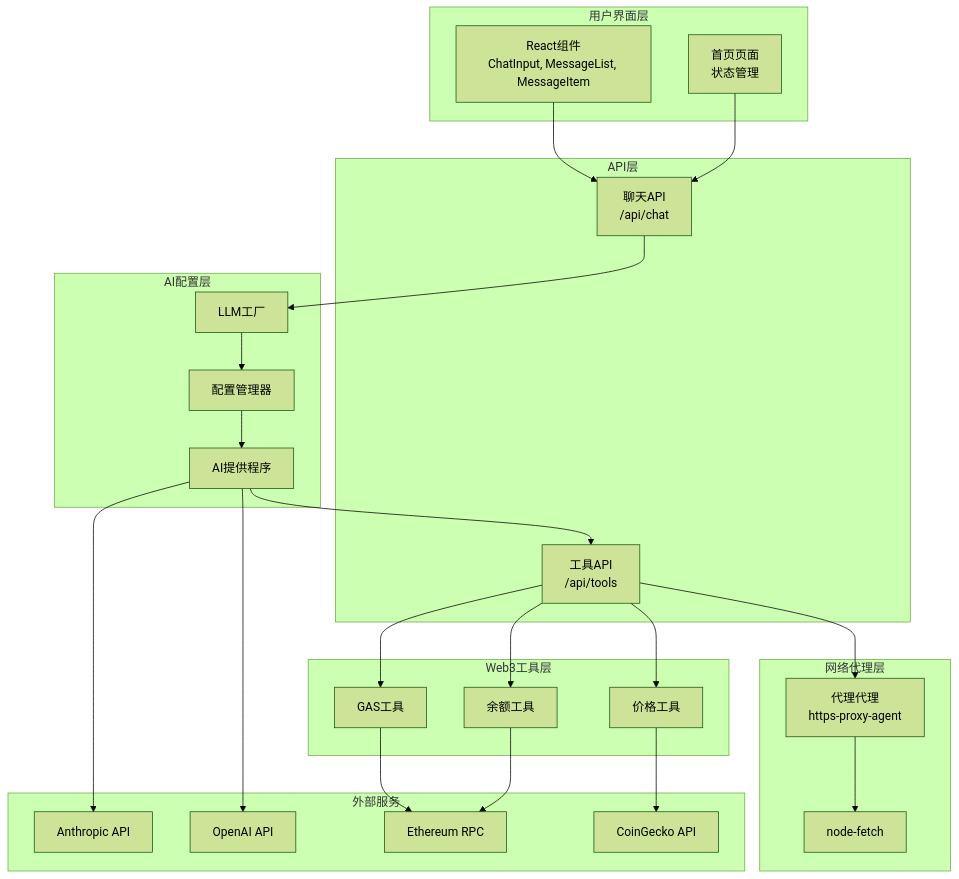
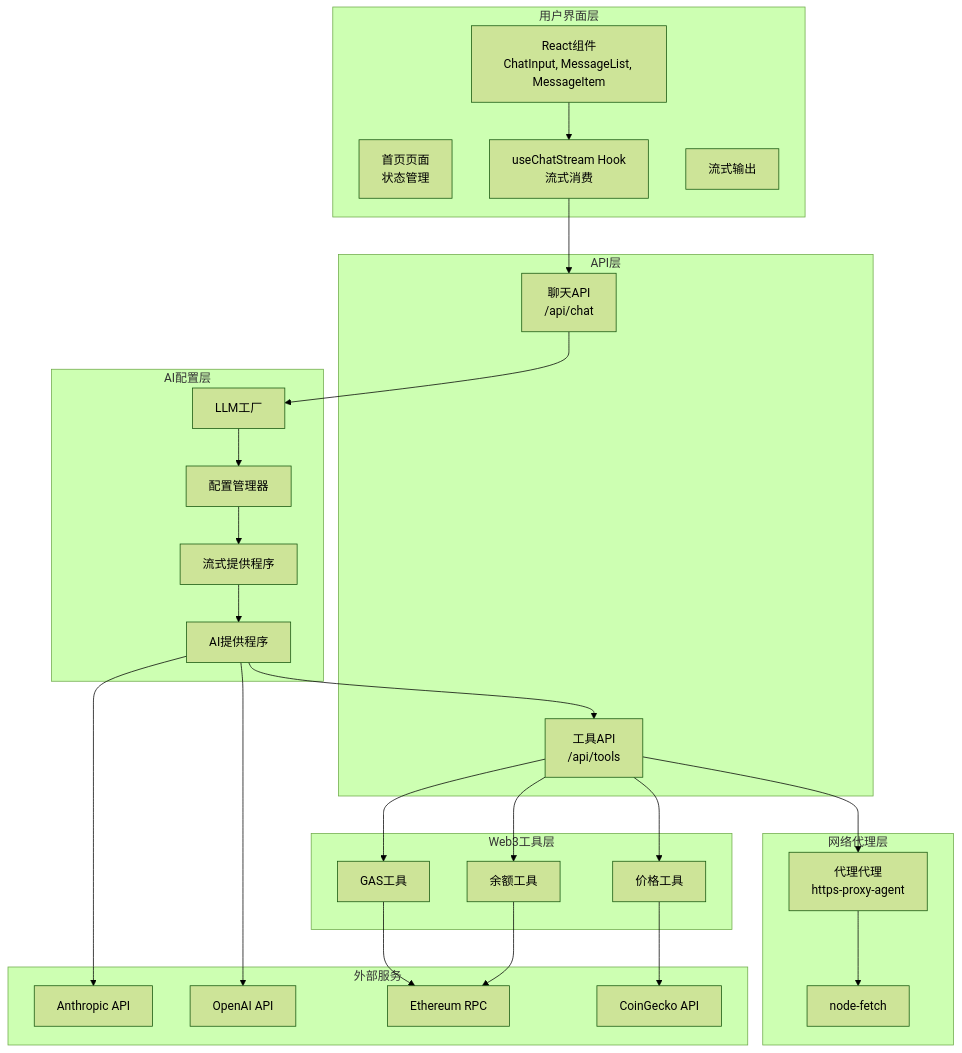
The fourth of 15 diagrams in .qoder/repowiki/zh/content/项目概述/整体架构概览/AI提供程序集成.md (CryptoLinxu/Web3-AI-Agent), drawn with Mermaid (forest theme) before and after one commit. The commit also changed other lines of this file and 5 other files, not shown here.

````diff
--- a/.qoder/repowiki/zh/content/项目概述/整体架构概览/AI提供程序集成.md
+++ b/.qoder/repowiki/zh/content/项目概述/整体架构概览/AI提供程序集成.md
@@ -209,47 +222,51 @@
 ```mermaid
 graph TD
 subgraph "用户界面层"
 UI[React组件<br/>ChatInput, MessageList, MessageItem]
 HomePage[首页页面<br/>状态管理]
+StreamHook[useChatStream Hook<br/>流式消费]
+EndStream[流式输出]
 end
 subgraph "API层"
 ChatAPI[聊天API<br/>/api/chat]
 ToolsAPI[工具API<br/>/api/tools]
 end
 subgraph "AI配置层"
 LLMFactory[LLM工厂]
 ConfigManager[配置管理器]
 Provider[AI提供程序]
+StreamProvider[流式提供程序]
 end
 subgraph "Web3工具层"
 PriceTool[价格工具]
 BalanceTool[余额工具]
 GasTool[GAS工具]
 end
 subgraph "网络代理层"
 ProxyAgent[代理代理<br/>https-proxy-agent]
 NodeFetch[node-fetch]
 end
 subgraph "外部服务"
 OpenAI[OpenAI API]
 Anthropic[Anthropic API]
 Ethereum[Ethereum RPC]
 CoinGecko[CoinGecko API]
 end
-UI --> ChatAPI
-HomePage --> ChatAPI
+UI --> StreamHook
+StreamHook --> ChatAPI
 ChatAPI --> LLMFactory
 LLMFactory --> ConfigManager
-ConfigManager --> Provider
+ConfigManager --> StreamProvider
+StreamProvider --> Provider
 Provider --> ToolsAPI
 ToolsAPI --> ProxyAgent
 ProxyAgent --> NodeFetch
 ToolsAPI --> PriceTool
 ToolsAPI --> BalanceTool
 ToolsAPI --> GasTool
 PriceTool --> CoinGecko
 BalanceTool --> Ethereum
 GasTool --> Ethereum
 Provider --> OpenAI
 Provider --> Anthropic
 ```
````
